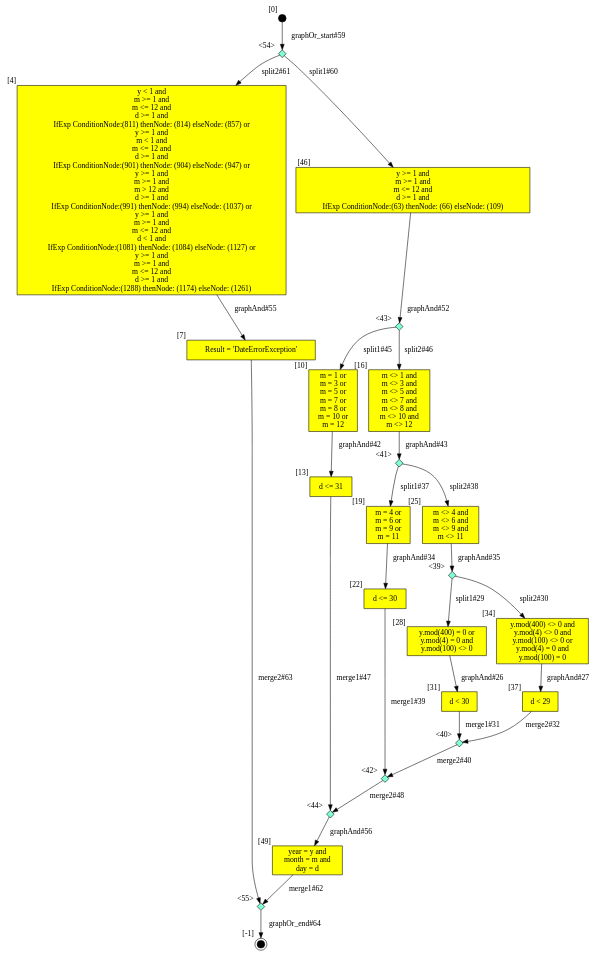
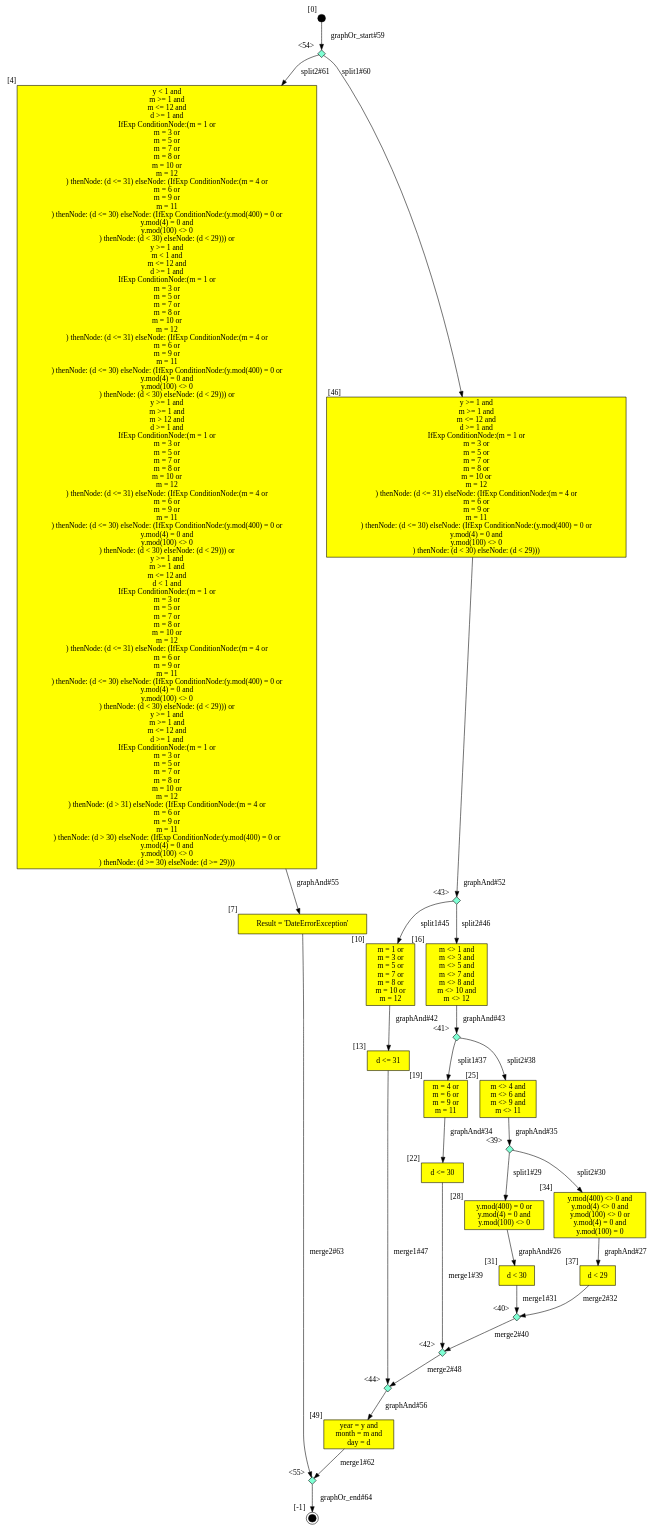
The diagram in output/CLG/Date/tcgen_Date_Date_DC.dot (SamHseih/ocl-testcase-generator), drawn with Graphviz before and after one commit. The commit also changed 1691 other files, not shown here.

```diff
--- a/output/CLG/Date/tcgen_Date_Date_DC.dot
+++ b/output/CLG/Date/tcgen_Date_Date_DC.dot
@@ -1,116 +1,200 @@
 digraph CLG {
   4 [shape="box", label="y < 1 and
 m >= 1 and
 m <= 12 and
 d >= 1 and
-IfExp ConditionNode:(811) thenNode: (814) elseNode: (857) or
+IfExp ConditionNode:(m = 1 or
+m = 3 or
+m = 5 or
+m = 7 or
+m = 8 or
+m = 10 or
+m = 12
+) thenNode: (d <= 31) elseNode: (IfExp ConditionNode:(m = 4 or
+m = 6 or
+m = 9 or
+m = 11
+) thenNode: (d <= 30) elseNode: (IfExp ConditionNode:(y.mod(400) = 0 or
+y.mod(4) = 0 and
+y.mod(100) <> 0
+) thenNode: (d < 30) elseNode: (d < 29))) or
 y >= 1 and
 m < 1 and
 m <= 12 and
 d >= 1 and
-IfExp ConditionNode:(901) thenNode: (904) elseNode: (947) or
+IfExp ConditionNode:(m = 1 or
+m = 3 or
+m = 5 or
+m = 7 or
+m = 8 or
+m = 10 or
+m = 12
+) thenNode: (d <= 31) elseNode: (IfExp ConditionNode:(m = 4 or
+m = 6 or
+m = 9 or
+m = 11
+) thenNode: (d <= 30) elseNode: (IfExp ConditionNode:(y.mod(400) = 0 or
+y.mod(4) = 0 and
+y.mod(100) <> 0
+) thenNode: (d < 30) elseNode: (d < 29))) or
 y >= 1 and
 m >= 1 and
 m > 12 and
 d >= 1 and
-IfExp ConditionNode:(991) thenNode: (994) elseNode: (1037) or
+IfExp ConditionNode:(m = 1 or
+m = 3 or
+m = 5 or
+m = 7 or
+m = 8 or
+m = 10 or
+m = 12
+) thenNode: (d <= 31) elseNode: (IfExp ConditionNode:(m = 4 or
+m = 6 or
+m = 9 or
+m = 11
+) thenNode: (d <= 30) elseNode: (IfExp ConditionNode:(y.mod(400) = 0 or
+y.mod(4) = 0 and
+y.mod(100) <> 0
+) thenNode: (d < 30) elseNode: (d < 29))) or
 y >= 1 and
 m >= 1 and
 m <= 12 and
 d < 1 and
-IfExp ConditionNode:(1081) thenNode: (1084) elseNode: (1127) or
+IfExp ConditionNode:(m = 1 or
+m = 3 or
+m = 5 or
+m = 7 or
+m = 8 or
+m = 10 or
+m = 12
+) thenNode: (d <= 31) elseNode: (IfExp ConditionNode:(m = 4 or
+m = 6 or
+m = 9 or
+m = 11
+) thenNode: (d <= 30) elseNode: (IfExp ConditionNode:(y.mod(400) = 0 or
+y.mod(4) = 0 and
+y.mod(100) <> 0
+) thenNode: (d < 30) elseNode: (d < 29))) or
 y >= 1 and
 m >= 1 and
 m <= 12 and
 d >= 1 and
-IfExp ConditionNode:(1288) thenNode: (1174) elseNode: (1261)
+IfExp ConditionNode:(m = 1 or
+m = 3 or
+m = 5 or
+m = 7 or
+m = 8 or
+m = 10 or
+m = 12
+) thenNode: (d > 31) elseNode: (IfExp ConditionNode:(m = 4 or
+m = 6 or
+m = 9 or
+m = 11
+) thenNode: (d > 30) elseNode: (IfExp ConditionNode:(y.mod(400) = 0 or
+y.mod(4) = 0 and
+y.mod(100) <> 0
+) thenNode: (d >= 30) elseNode: (d >= 29)))
 ", style=filled, fillcolor=yellow, xlabel="[4]"];
   7 [shape="box", label="Result = 'DateErrorException'", style=filled, fillcolor=yellow, xlabel="[7]"];
   8 [style=filled, fillcolor=black, shape="doublecircle", label="", fixedsize=true, width=.2, height=.2, xlabel="[-1]"];
   10 [shape="box", label="m = 1 or
 m = 3 or
 m = 5 or
 m = 7 or
 m = 8 or
 m = 10 or
 m = 12
 ", style=filled, fillcolor=yellow, xlabel="[10]"];
   13 [shape="box", label="d <= 31", style=filled, fillcolor=yellow, xlabel="[13]"];
   16 [shape="box", label="m <> 1 and
 m <> 3 and
 m <> 5 and
 m <> 7 and
 m <> 8 and
 m <> 10 and
 m <> 12
 ", style=filled, fillcolor=yellow, xlabel="[16]"];
   19 [shape="box", label="m = 4 or
 m = 6 or
 m = 9 or
 m = 11
 ", style=filled, fillcolor=yellow, xlabel="[19]"];
   22 [shape="box", label="d <= 30", style=filled, fillcolor=yellow, xlabel="[22]"];
   25 [shape="box", label="m <> 4 and
 m <> 6 and
 m <> 9 and
 m <> 11
 ", style=filled, fillcolor=yellow, xlabel="[25]"];
   28 [shape="box", label="y.mod(400) = 0 or
 y.mod(4) = 0 and
 y.mod(100) <> 0
 ", style=filled, fillcolor=yellow, xlabel="[28]"];
   31 [shape="box", label="d < 30", style=filled, fillcolor=yellow, xlabel="[31]"];
   34 [shape="box", label="y.mod(400) <> 0 and
 y.mod(4) <> 0 and
 y.mod(100) <> 0 or
 y.mod(4) = 0 and
 y.mod(100) = 0
 ", style=filled, fillcolor=yellow, xlabel="[34]"];
   37 [shape="box", label="d < 29", style=filled, fillcolor=yellow, xlabel="[37]"];
   39 [shape="diamond", label="", xlabel="<39>", style=filled, fillcolor=aquamarine, fixedsize=true, width=.2, height=.2];
   40 [shape="diamond", label="", xlabel="<40>", style=filled, fillcolor=aquamarine, fixedsize=true, width=.2, height=.2];
   41 [shape="diamond", label="", xlabel="<41>", style=filled, fillcolor=aquamarine, fixedsize=true, width=.2, height=.2];
   42 [shape="diamond", label="", xlabel="<42>", style=filled, fillcolor=aquamarine, fixedsize=true, width=.2, height=.2];
   43 [shape="diamond", label="", xlabel="<43>", style=filled, fillcolor=aquamarine, fixedsize=true, width=.2, height=.2];
   44 [shape="diamond", label="", xlabel="<44>", style=filled, fillcolor=aquamarine, fixedsize=true, width=.2, height=.2];
   45 [style=filled, fillcolor=black, shape="circle", label="", fixedsize=true, width=.2, height=.2, xlabel="[0]"];
   46 [shape="box", label="y >= 1 and
 m >= 1 and
 m <= 12 and
 d >= 1 and
-IfExp ConditionNode:(63) thenNode: (66) elseNode: (109)
+IfExp ConditionNode:(m = 1 or
+m = 3 or
+m = 5 or
+m = 7 or
+m = 8 or
+m = 10 or
+m = 12
+) thenNode: (d <= 31) elseNode: (IfExp ConditionNode:(m = 4 or
+m = 6 or
+m = 9 or
+m = 11
+) thenNode: (d <= 30) elseNode: (IfExp ConditionNode:(y.mod(400) = 0 or
+y.mod(4) = 0 and
+y.mod(100) <> 0
+) thenNode: (d < 30) elseNode: (d < 29)))
 ", style=filled, fillcolor=yellow, xlabel="[46]"];
   49 [shape="box", label="year = y and
 month = m and
 day = d
 ", style=filled, fillcolor=yellow, xlabel="[49]"];
   54 [shape="diamond", label="", xlabel="<54>", style=filled, fillcolor=aquamarine, fixedsize=true, width=.2, height=.2];
   55 [shape="diamond", label="", xlabel="<55>", style=filled, fillcolor=aquamarine, fixedsize=true, width=.2, height=.2];
   55 -> 8[label="graphOr_end#64"];
   28 -> 31[label="graphAnd#26"];
   34 -> 37[label="graphAnd#27"];
   39 -> 28[label="split1#29"];
   39 -> 34[label="split2#30"];
   31 -> 40[label="merge1#31"];
   37 -> 40[label="merge2#32"];
   19 -> 22[label="graphAnd#34"];
   25 -> 39[label="graphAnd#35"];
   41 -> 19[label="split1#37"];
   41 -> 25[label="split2#38"];
   22 -> 42[label="merge1#39"];
   40 -> 42[label="merge2#40"];
   10 -> 13[label="graphAnd#42"];
   16 -> 41[label="graphAnd#43"];
   43 -> 10[label="split1#45"];
   43 -> 16[label="split2#46"];
   13 -> 44[label="merge1#47"];
   42 -> 44[label="merge2#48"];
   46 -> 43[label="graphAnd#52"];
   4 -> 7[label="graphAnd#55"];
   44 -> 49[label="graphAnd#56"];
   45 -> 54[label="graphOr_start#59"];
   54 -> 46[label="split1#60"];
   54 -> 4[label="split2#61"];
   49 -> 55[label="merge1#62"];
   7 -> 55[label="merge2#63"];
 }
```
